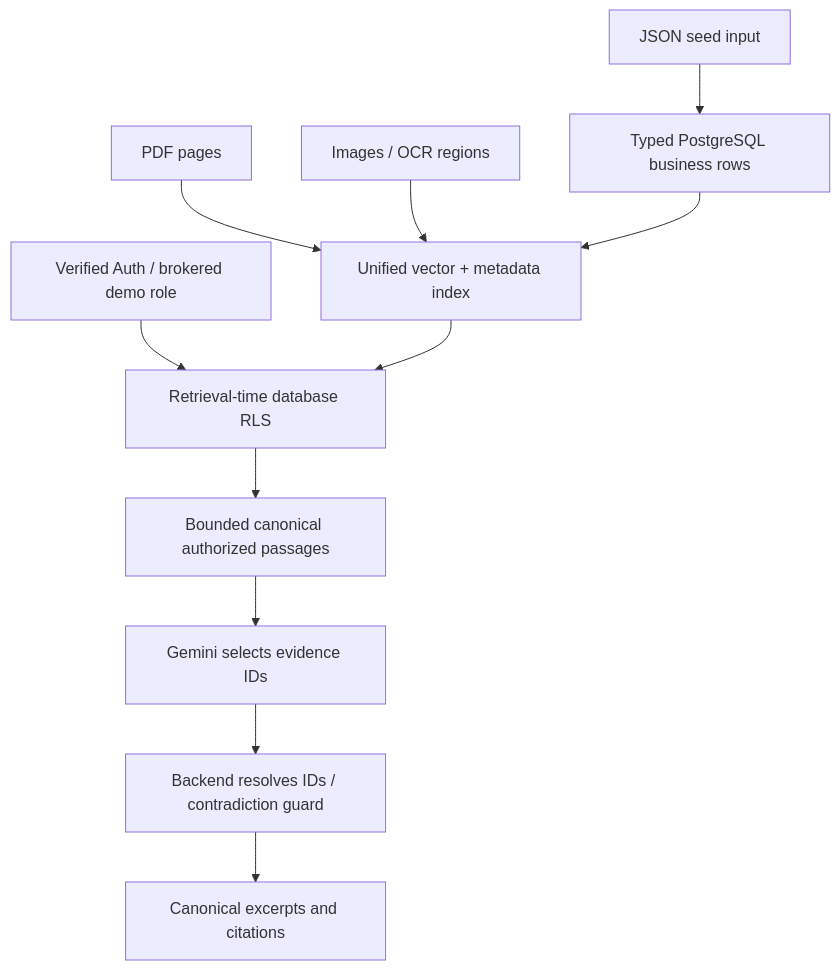
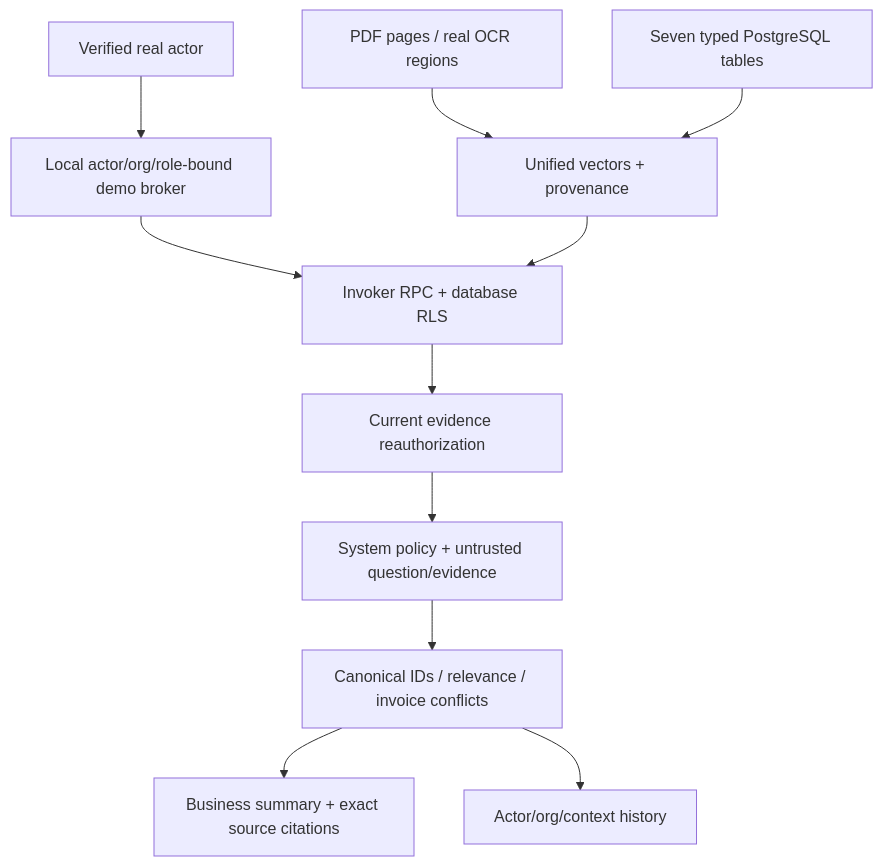
One commit to Jayom7/PS-01-TB8G-GOATED changed the diagram in docs/ARCHITECTURE.md. Above: the diagram before and after it, drawn with Mermaid. The commit also changed other lines of this file and 17 other files, not shown here.

Commit message:
Record real Gemini acceptance and remaining external verification boundaries

````diff
--- a/docs/ARCHITECTURE.md
+++ b/docs/ARCHITECTURE.md
@@ -5,13 +5,13 @@
 ```mermaid
 flowchart TD
-  PDF[PDF pages] --> Index[Unified vector + metadata index]
-  OCR[Images / OCR regions] --> Index
-  Seed[JSON seed input] --> DB[Typed PostgreSQL business rows]
-  DB --> Index
-  Auth[Verified Auth / brokered demo role] --> ACL[Retrieval-time database RLS]
-  Index --> ACL
-  ACL --> Evidence[Bounded canonical authorized passages]
-  Evidence --> Gemini[Gemini selects evidence IDs]
-  Gemini --> Validator[Backend resolves IDs / contradiction guard]
-  Validator --> UI[Canonical excerpts and citations]
+  Files[PDF pages / real OCR regions] --> Index[Unified vectors + provenance]
+  Records[Seven typed PostgreSQL tables] --> Index
+  Actor[Verified real actor] --> Broker[Local actor/org/role-bound demo broker]
+  Broker --> RLS[Invoker RPC + database RLS]
+  Index --> RLS
+  RLS --> Check[Current evidence reauthorization]
+  Check --> Gemini[System policy + untrusted question/evidence]
+  Gemini --> Validate[Canonical IDs / relevance / invoice conflicts]
+  Validate --> UI[Business summary + exact source citations]
+  Validate --> History[Actor/org/context history]
 ```
````
